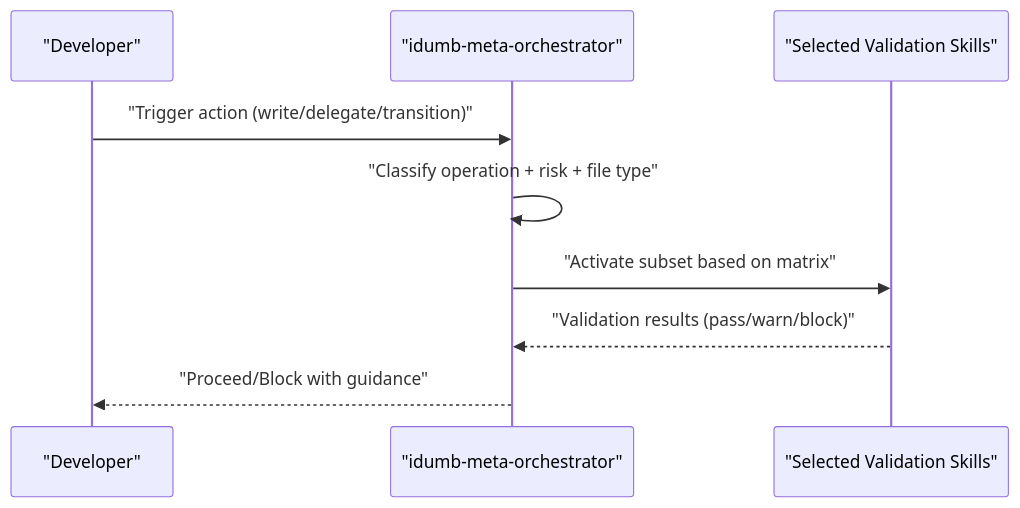
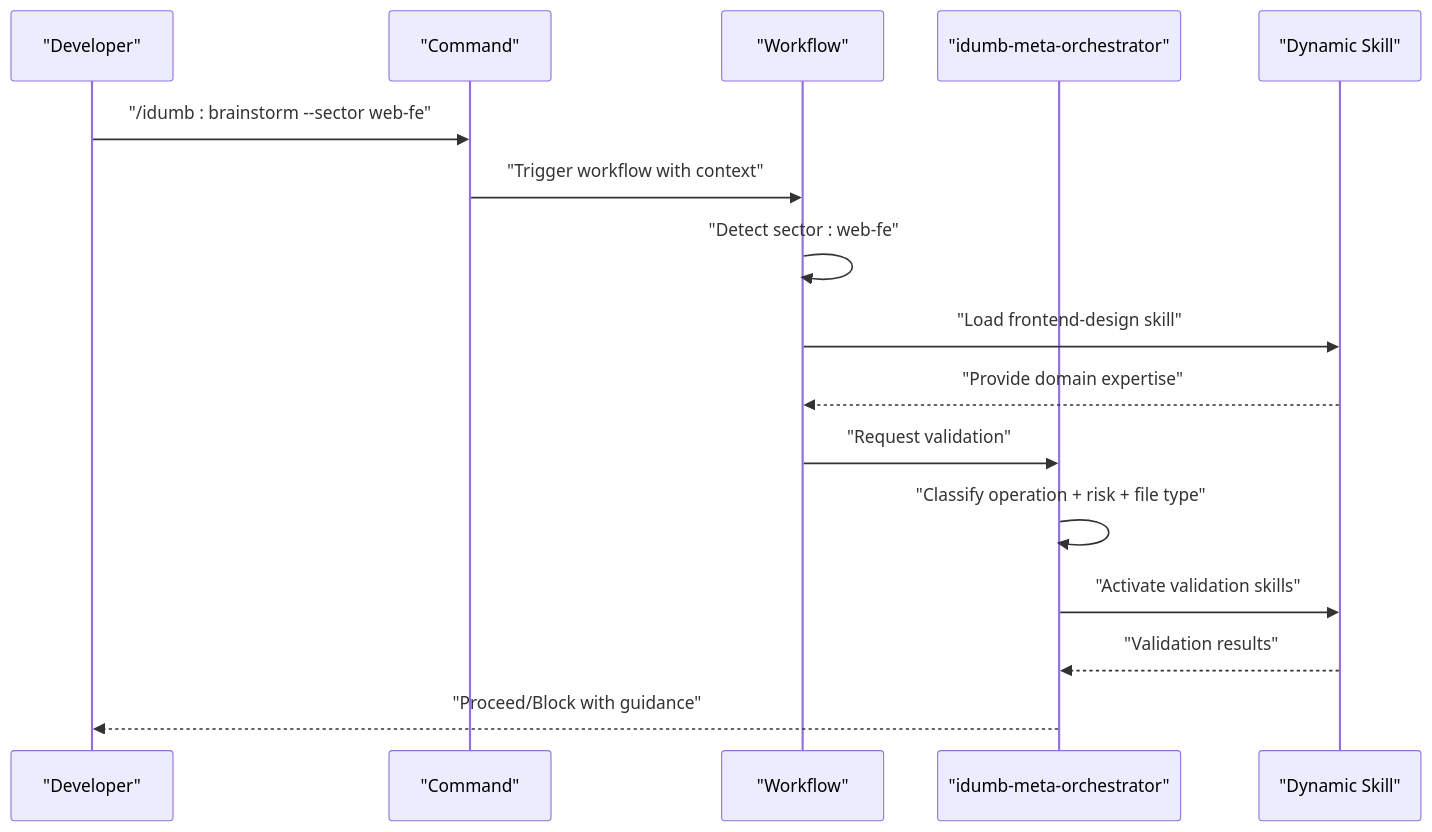
One commit to shynlee04/idumb-plugin changed the third of 12 diagrams in .qoder/repowiki/en/content/Skill System/Skill Architecture Overview.md. Above: the diagram before and after it, drawn with Mermaid. The commit also changed other lines of this file and 19 other files, not shown here.

````diff
--- a/.qoder/repowiki/en/content/Skill System/Skill Architecture Overview.md
+++ b/.qoder/repowiki/en/content/Skill System/Skill Architecture Overview.md
@@ -102,11 +177,18 @@
 ```mermaid
 sequenceDiagram
 participant Dev as "Developer"
+participant Cmd as "Command"
+participant Wf as "Workflow"
 participant Orchestrator as "idumb-meta-orchestrator"
-participant Validator as "Selected Validation Skills"
-Dev->>Orchestrator : "Trigger action (write/delegate/transition)"
+participant Skill as "Dynamic Skill"
+Dev->>Cmd : "/idumb : brainstorm --sector web-fe"
+Cmd->>Wf : "Trigger workflow with context"
+Wf->>Wf : "Detect sector : web-fe"
+Wf->>Skill : "Load frontend-design skill"
+Skill-->>Wf : "Provide domain expertise"
+Wf->>Orchestrator : "Request validation"
 Orchestrator->>Orchestrator : "Classify operation + risk + file type"
-Orchestrator->>Validator : "Activate subset based on matrix"
-Validator-->>Orchestrator : "Validation results (pass/warn/block)"
+Orchestrator->>Skill : "Activate validation skills"
+Skill-->>Orchestrator : "Validation results"
 Orchestrator-->>Dev : "Proceed/Block with guidance"
 ```
````
